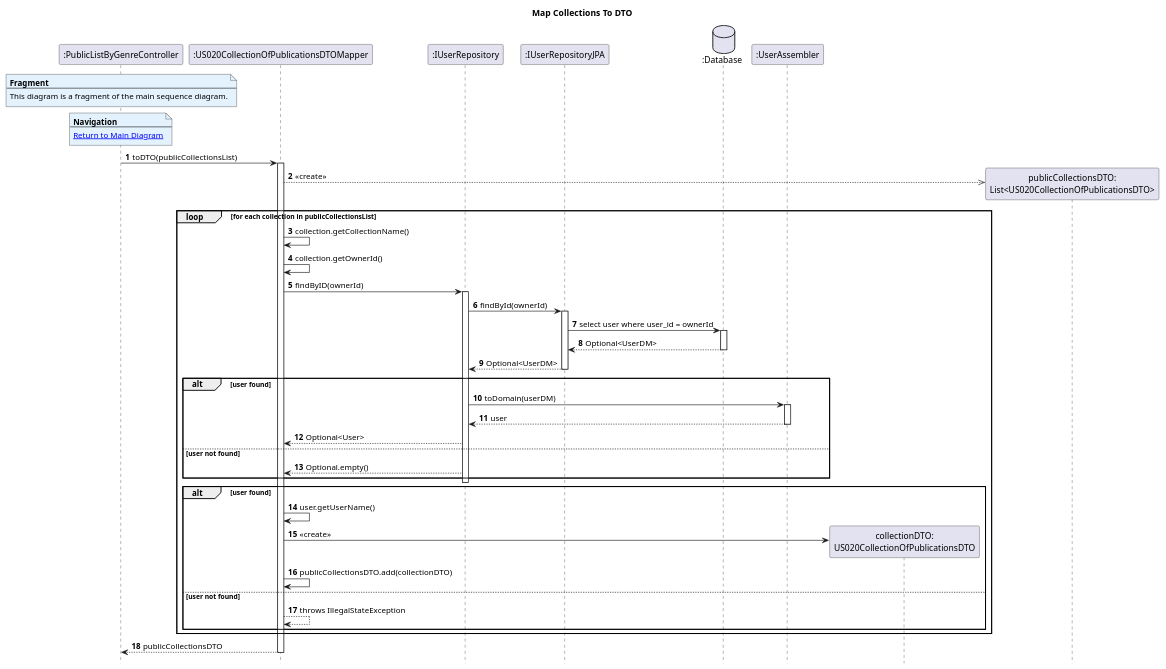
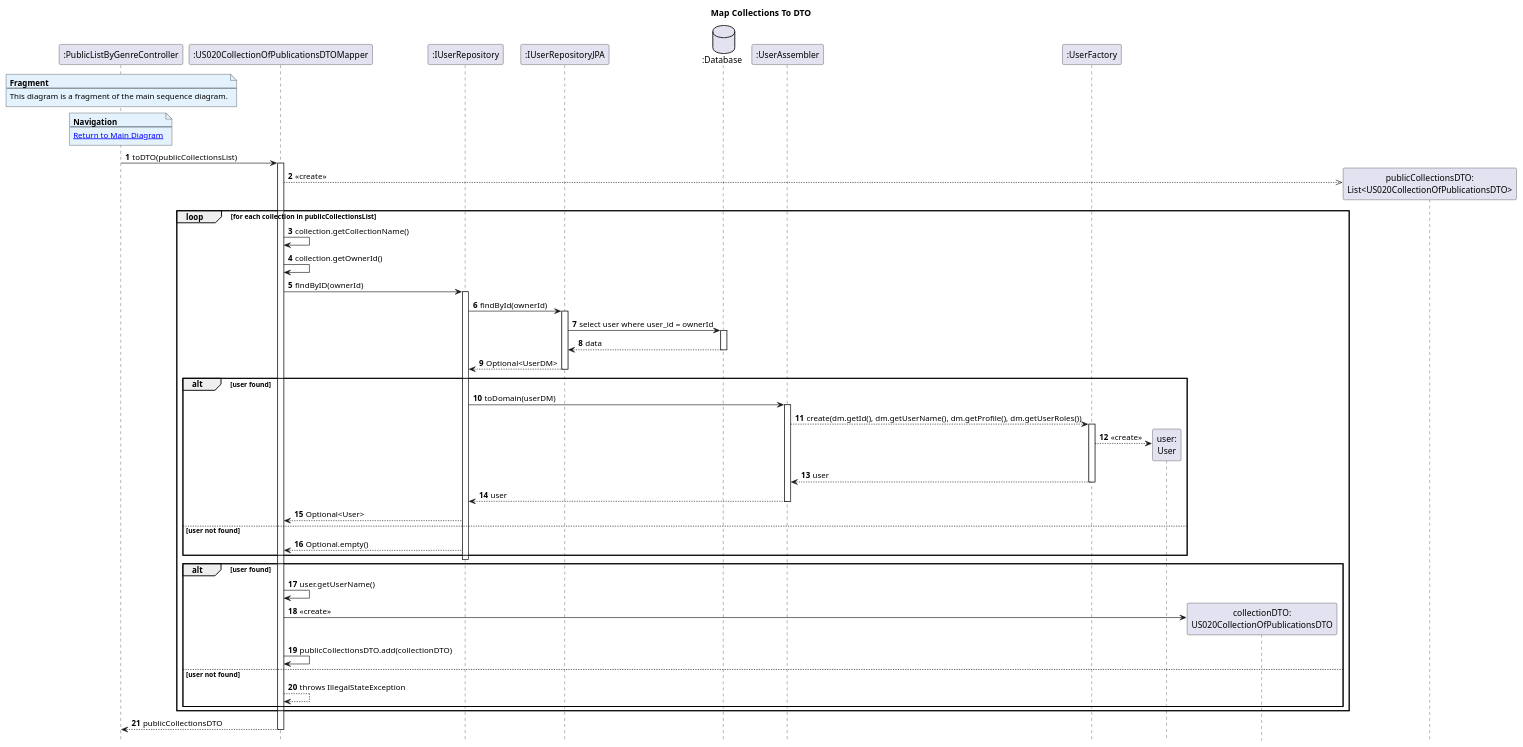
The diagram in Diagrams/SequenceDiagrams/N2/To-get-list-of-public-lists-by-genre/4.MapCollectionsToDTO.puml (AndrePereiraGitH/SWitCH-Project-Team_A), drawn with PlantUML before and after one commit. The commit also changed 3 other files, not shown here.

Commit message:
diagrams: fixed issues with find public lists by genre diagrams #753

```diff
--- a/Diagrams/SequenceDiagrams/N2/To-get-list-of-public-lists-by-genre/4.MapCollectionsToDTO.puml
+++ b/Diagrams/SequenceDiagrams/N2/To-get-list-of-public-lists-by-genre/4.MapCollectionsToDTO.puml
@@ -1,79 +1,86 @@
 @startuml
 hide footbox
 autonumber
 
 title Map Collections To DTO
 
 participant ":PublicListByGenreController" as Ctrl
 participant ":US020CollectionOfPublicationsDTOMapper" as mapper
 participant ":IUserRepository" as userRepo
 participant ":IUserRepositoryJPA" as userRepoJpa
 database ":Database" as DB
 participant ":UserAssembler" as userAssembler
+participant ":UserFactory" as userFactory
+participant "user:\nUser" as user
 participant "collectionDTO:\nUS020CollectionOfPublicationsDTO" as collectionDTO
 participant "publicCollectionsDTO:\nList<US020CollectionOfPublicationsDTO>" as publicCollectionsDTO
 
 note over Ctrl #E3F2FD
 <b>Fragment</b>
 ---
 This diagram is a fragment of the main sequence diagram.
 end note
 
 note over Ctrl #E3F2FD
 <b>Navigation</b>
 ---
 [[1.MainDiagram.puml Return to Main Diagram]]
 end note
 
 Ctrl -> mapper : toDTO(publicCollectionsList)
 
 activate mapper
 
 mapper -->> publicCollectionsDTO ** : <<create>>
 
 loop for each collection in publicCollectionsList
 
     mapper -> mapper : collection.getCollectionName()
     mapper -> mapper : collection.getOwnerId()
 
     mapper -> userRepo : findByID(ownerId)
     activate userRepo
 
     userRepo -> userRepoJpa : findById(ownerId)
     activate userRepoJpa
 
     userRepoJpa -> DB : select user where user_id = ownerId
     activate DB
-    DB --> userRepoJpa : Optional<UserDM>
+    DB --> userRepoJpa : data
     deactivate DB
 
     userRepoJpa --> userRepo : Optional<UserDM>
     deactivate userRepoJpa
 
     alt user found
         userRepo -> userAssembler : toDomain(userDM)
         activate userAssembler
+        userAssembler --> userFactory : create(dm.getId(), dm.getUserName(), dm.getProfile(), dm.getUserRoles())
+        activate userFactory
+        userFactory --> user ** : <<create>>
+        userFactory --> userAssembler : user
+        deactivate userFactory
         userAssembler --> userRepo : user
         deactivate userAssembler
 
         userRepo --> mapper : Optional<User>
     else user not found
         userRepo --> mapper : Optional.empty()
     end
 
     deactivate userRepo
 
     alt user found
         mapper -> mapper : user.getUserName()
         mapper -> collectionDTO ** : <<create>>
         mapper -> mapper : publicCollectionsDTO.add(collectionDTO)
     else user not found
         mapper --> mapper : throws IllegalStateException
     end
 end
 
 mapper --> Ctrl : publicCollectionsDTO
 
 deactivate mapper
 
 @enduml
```
